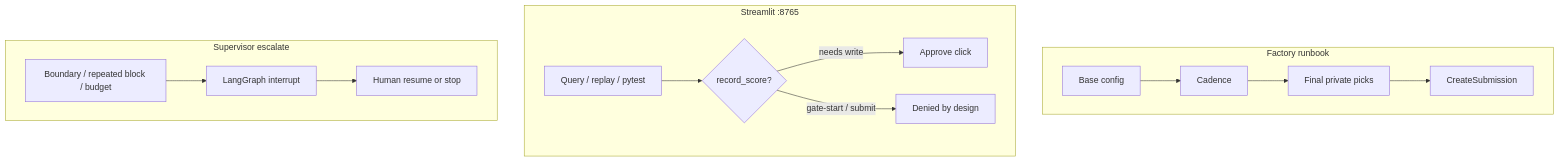
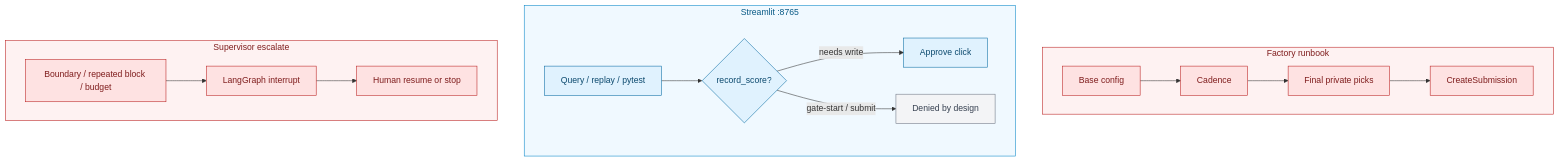
The second of 2 diagrams in docs/wiki/Requirements-Compliance.md (khaosans/noisegate-gemma4-factory), drawn with Mermaid before and after one commit. The commit also changed other lines of this file and 7 other files, not shown here.

First line of the commit message:
release: v1.0.0-beta.1 + Mermaid color legends

````diff
--- a/docs/wiki/Requirements-Compliance.md
+++ b/docs/wiki/Requirements-Compliance.md
@@ -69,19 +78,29 @@
 ```mermaid
 flowchart TB
   subgraph FactoryHITL["Factory runbook"]
     F1[Base config] --> F2[Cadence]
     F2 --> F3[Final private picks]
     F3 --> F4[CreateSubmission]
   end
 
   subgraph ConsoleHITL["Streamlit :8765"]
     C1[Query / replay / pytest] --> C2{record_score?}
     C2 -->|needs write| C3[Approve click]
     C2 -->|gate-start / submit| C4[Denied by design]
   end
 
   subgraph SuperHITL["Supervisor escalate"]
     E1[Boundary / repeated block / budget] --> E2[LangGraph interrupt]
     E2 --> E3[Human resume or stop]
   end
+
+  classDef hitl fill:#FEE2E2,stroke:#B91C1C,color:#7F1D1D
+  classDef ops fill:#E0F2FE,stroke:#0369A1,color:#0C4A6E
+  classDef deny fill:#F3F4F6,stroke:#6B7280,color:#374151
+  class F1,F2,F3,F4,E1,E2,E3 hitl
+  class C1,C2,C3 ops
+  class C4 deny
+  style FactoryHITL fill:#FEF2F2,stroke:#B91C1C,color:#7F1D1D
+  style ConsoleHITL fill:#F0F9FF,stroke:#0284C7,color:#075985
+  style SuperHITL fill:#FEF2F2,stroke:#B91C1C,color:#7F1D1D
 ```
````
